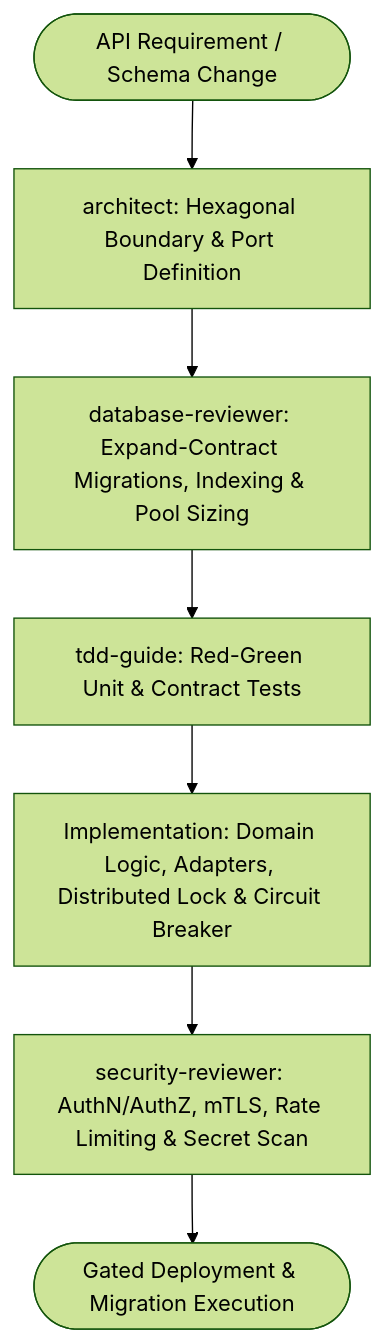
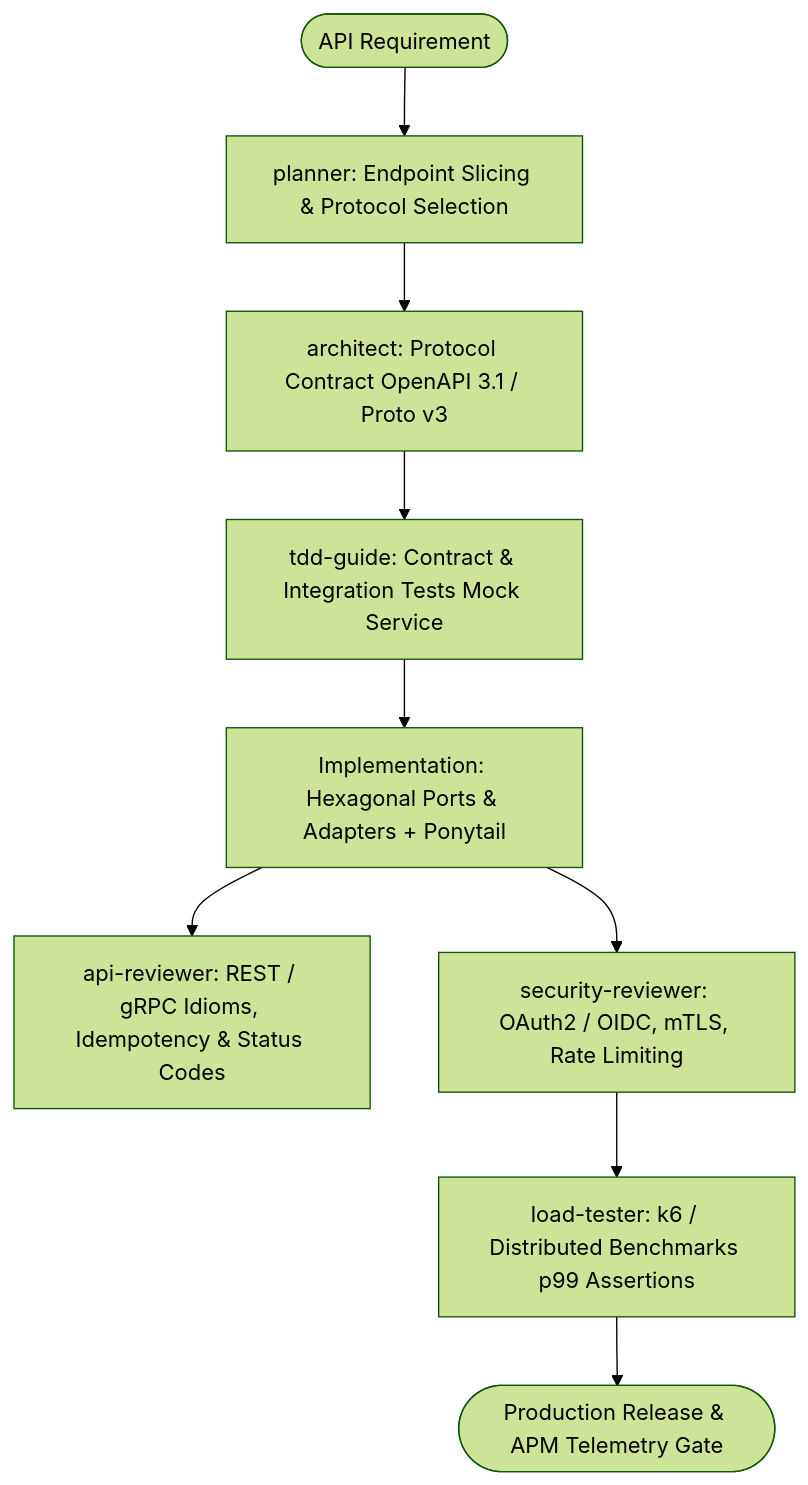
One commit to lengoctuong2005/vibe-rules-hub changed the diagram in workflows/enterprise-api-suite.md. Above: the diagram before and after it, drawn with Mermaid (forest theme). The commit also changed other lines of this file and 26 other files, not shown here.

Commit message:
feat(suites): expand master suites with production engineering blueprints and restore lossless skills

````diff
--- a/workflows/enterprise-api-suite.md
+++ b/workflows/enterprise-api-suite.md
@@ -24,9 +23,11 @@
 ```mermaid
 graph TD
-    APIReq([API Requirement / Schema Change]) --> Architect[architect: Hexagonal Boundary & Port Definition]
-    Architect --> DBReviewer[database-reviewer: Expand-Contract Migrations, Indexing & Pool Sizing]
-    DBReviewer --> TDD[tdd-guide: Red-Green Unit & Contract Tests]
-    TDD --> Implementer[Implementation: Domain Logic, Adapters, Distributed Lock & Circuit Breaker]
-    Implementer --> SecReviewer[security-reviewer: AuthN/AuthZ, mTLS, Rate Limiting & Secret Scan]
-    SecReviewer --> Ship([Gated Deployment & Migration Execution])
+    Spec([API Requirement]) --> Planner[planner: Endpoint Slicing & Protocol Selection]
+    Planner --> Architect[architect: Protocol Contract OpenAPI 3.1 / Proto v3]
+    Architect --> TDD[tdd-guide: Contract & Integration Tests Mock Service]
+    TDD --> Implementer[Implementation: Hexagonal Ports & Adapters + Ponytail]
+    Implementer --> ApiReviewer[api-reviewer: REST / gRPC Idioms, Idempotency & Status Codes]
+    Implementer --> SecReviewer[security-reviewer: OAuth2 / OIDC, mTLS, Rate Limiting]
+    SecReviewer --> LoadTester[load-tester: k6 / Distributed Benchmarks p99 Assertions]
+    LoadTester --> Release([Production Release & APM Telemetry Gate])
 ```
````
